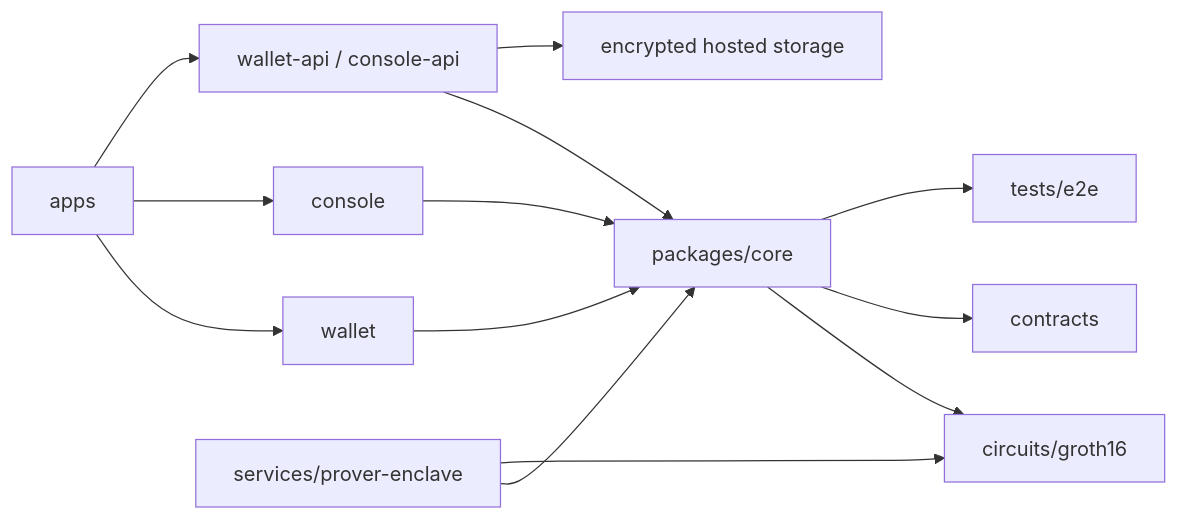
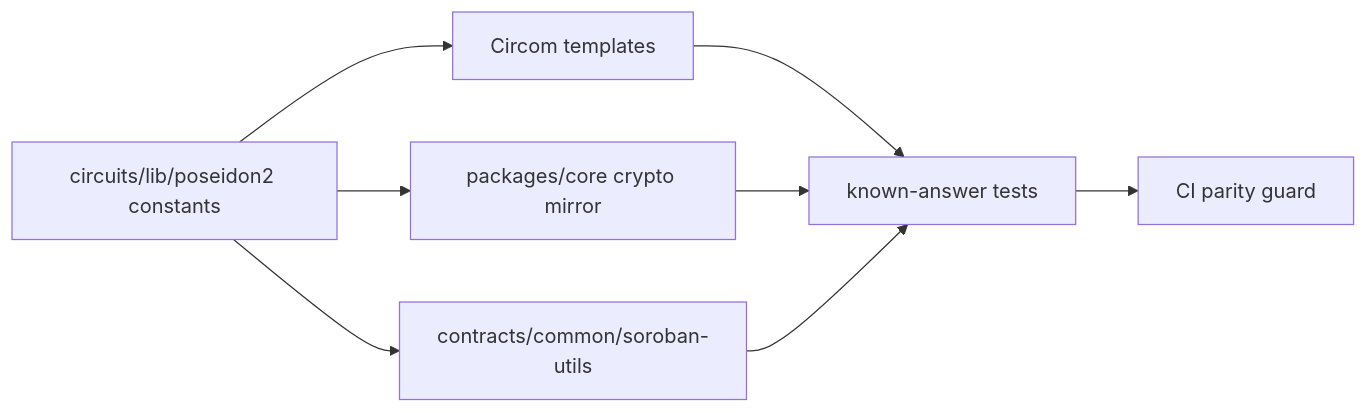
The third of 17 diagrams in README.md (akash-mondal/benzo), drawn with Mermaid before and after one commit. The commit also changed other lines of this file, not shown here.

````diff
--- a/README.md
+++ b/README.md
@@ -264,15 +96,10 @@
 ```mermaid
 flowchart LR
-  Apps["apps"] --> Wallet["wallet"]
-  Apps --> Console["console"]
-  Apps --> APIs["wallet-api / console-api"]
-  APIs --> Core["packages/core"]
-  Wallet --> Core
-  Console --> Core
-  Core --> Circuits["circuits/groth16"]
-  Core --> Contracts["contracts"]
-  APIs --> Store["encrypted hosted storage"]
-  Core --> Tests["tests/e2e"]
-  Services["services/prover-enclave"] --> Core
-  Services --> Circuits
+  Params["circuits/lib/poseidon2 constants"] --> Circom["Circom templates"]
+  Params --> TS["packages/core crypto mirror"]
+  Params --> Rust["contracts/common/soroban-utils"]
+  Circom --> KAT["known-answer tests"]
+  TS --> KAT
+  Rust --> KAT
+  KAT --> CI["CI parity guard"]
 ```
````
